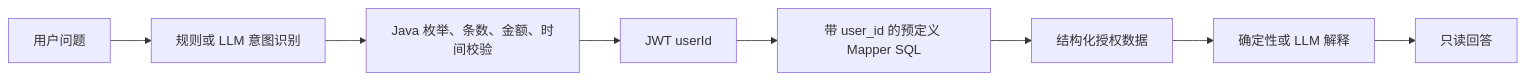
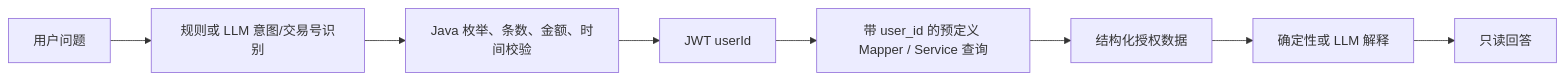
One commit to wwdaas/finledger changed the fifth of 6 diagrams in docs/architecture.md. Above: the diagram before and after it, drawn with Mermaid. The commit also changed other lines of this file and 8 other files, not shown here.

````diff
--- a/docs/architecture.md
+++ b/docs/architecture.md
@@ -150,10 +189,10 @@
 ```mermaid
 flowchart LR
-    Q[用户问题] --> I[规则或 LLM 意图识别]
+    Q[用户问题] --> I[规则或 LLM 意图/交易号识别]
     I --> V[Java 枚举、条数、金额、时间校验]
     V --> U[JWT userId]
-    U --> SQL[带 user_id 的预定义 Mapper SQL]
+    U --> SQL[带 user_id 的预定义 Mapper / Service 查询]
     SQL --> D[结构化授权数据]
     D --> E[确定性或 LLM 解释]
     E --> A[只读回答]
 ```
````
